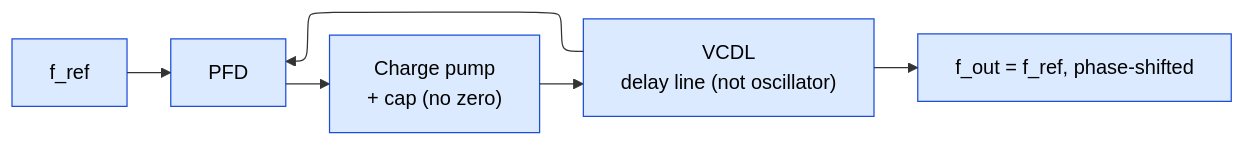
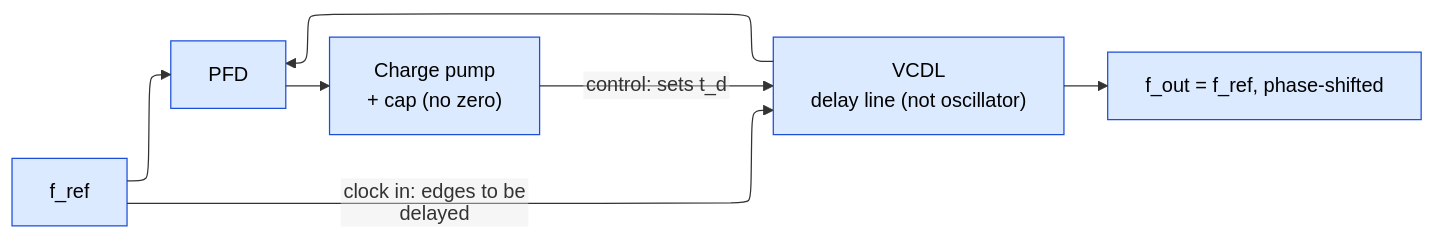
The second of 2 diagrams in 03_Frontend_RTL_and_Verification/05_PLL_DLL_and_Clock_Distribution.md (Wty2003328/silicon-design-notebook), drawn with Mermaid before and after one commit. The commit also changed 50 other files, not shown here.

First line of the commit message:
Add DRAM scheduling and hands-on DRAMSim; audit every equation and figure

````diff
--- a/03_Frontend_RTL_and_Verification/05_PLL_DLL_and_Clock_Distribution.md
+++ b/03_Frontend_RTL_and_Verification/05_PLL_DLL_and_Clock_Distribution.md
@@ -208,11 +208,12 @@
 ```mermaid
 %%{init: {"flowchart": {"defaultRenderer": "elk", "nodeSpacing": 60, "rankSpacing": 60, "htmlLabels": false}}}%%
 flowchart LR
     REF["f_ref"] --> PFD["PFD"]
+    REF -->|"clock in: edges to be delayed"| VCDL["VCDL<br/>delay line (not oscillator)"]
     PFD --> CP["Charge pump<br/>+ cap (no zero)"]
-    CP --> VCDL["VCDL<br/>delay line (not oscillator)"]
+    CP -->|"control: sets t_d"| VCDL
     VCDL --> OUT["f_out = f_ref, phase-shifted"]
     VCDL --> PFD
     classDef s fill:#dbeafe,stroke:#1d4ed8,color:#000
     class REF,PFD,CP,VCDL,OUT s
 ```
````
